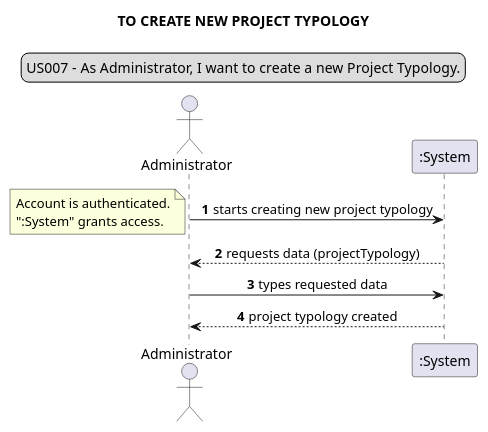
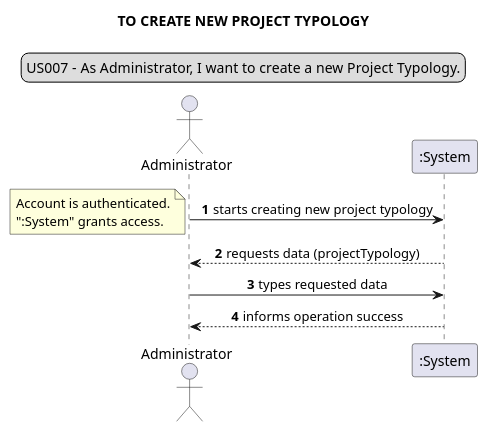
Before and after one commit to Loracline/project_switch_22-23: the seventh of 37 diagrams in docs/requirements_gathering/system_sequence_diagrams/systemSequenceDiagram.puml, drawn with PlantUML. The commit also changed other lines of this file and 7 other files, not shown here.

Commit message:
No US number: Design: SSD's | Update System Sequence Diagram and png files according to new version

```diff
--- a/docs/requirements_gathering/system_sequence_diagrams/systemSequenceDiagram.puml
+++ b/docs/requirements_gathering/system_sequence_diagrams/systemSequenceDiagram.puml
@@ -112,17 +112,17 @@
 @startuml
 legend top
 US007 - As Administrator, I want to create a new Project Typology.
 end legend
 skinparam sequenceMessageAlign center
 title TO CREATE NEW PROJECT TYPOLOGY
 actor Administrator
 autonumber
 Administrator -> ":System": starts creating new project typology
 note left
 Account is authenticated.
 ":System" grants access.
 end note
 ":System" --> "Administrator": requests data (projectTypology)
 Administrator -> ":System": types requested data
-Administrator <-- ":System":project typology created
+Administrator <-- ":System": informs operation success
 @enduml
```
